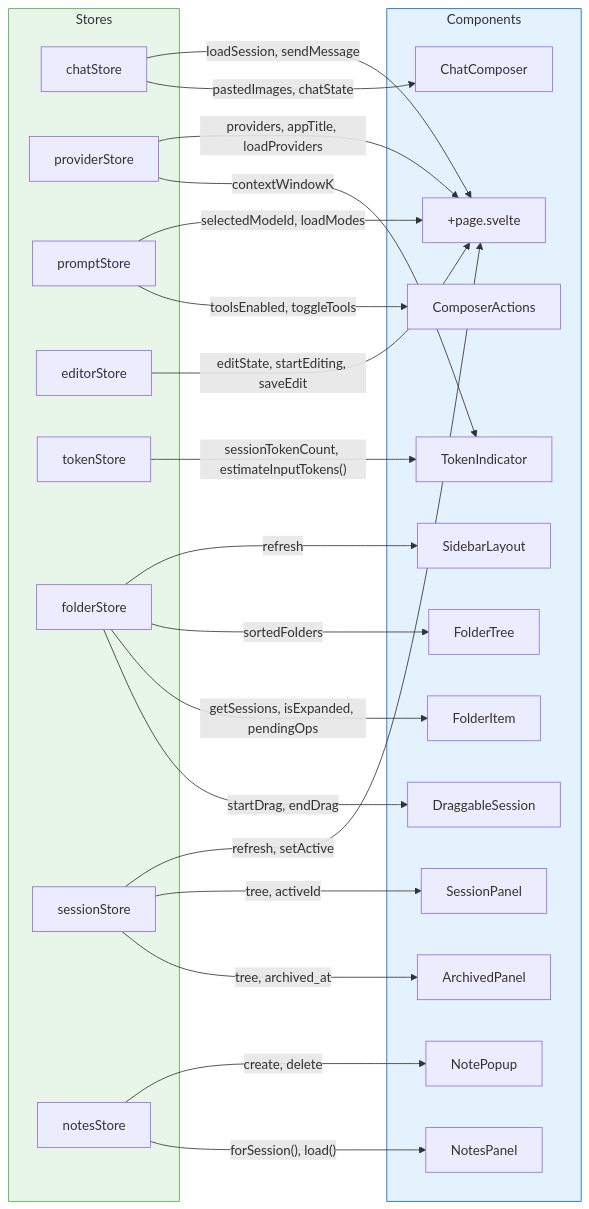
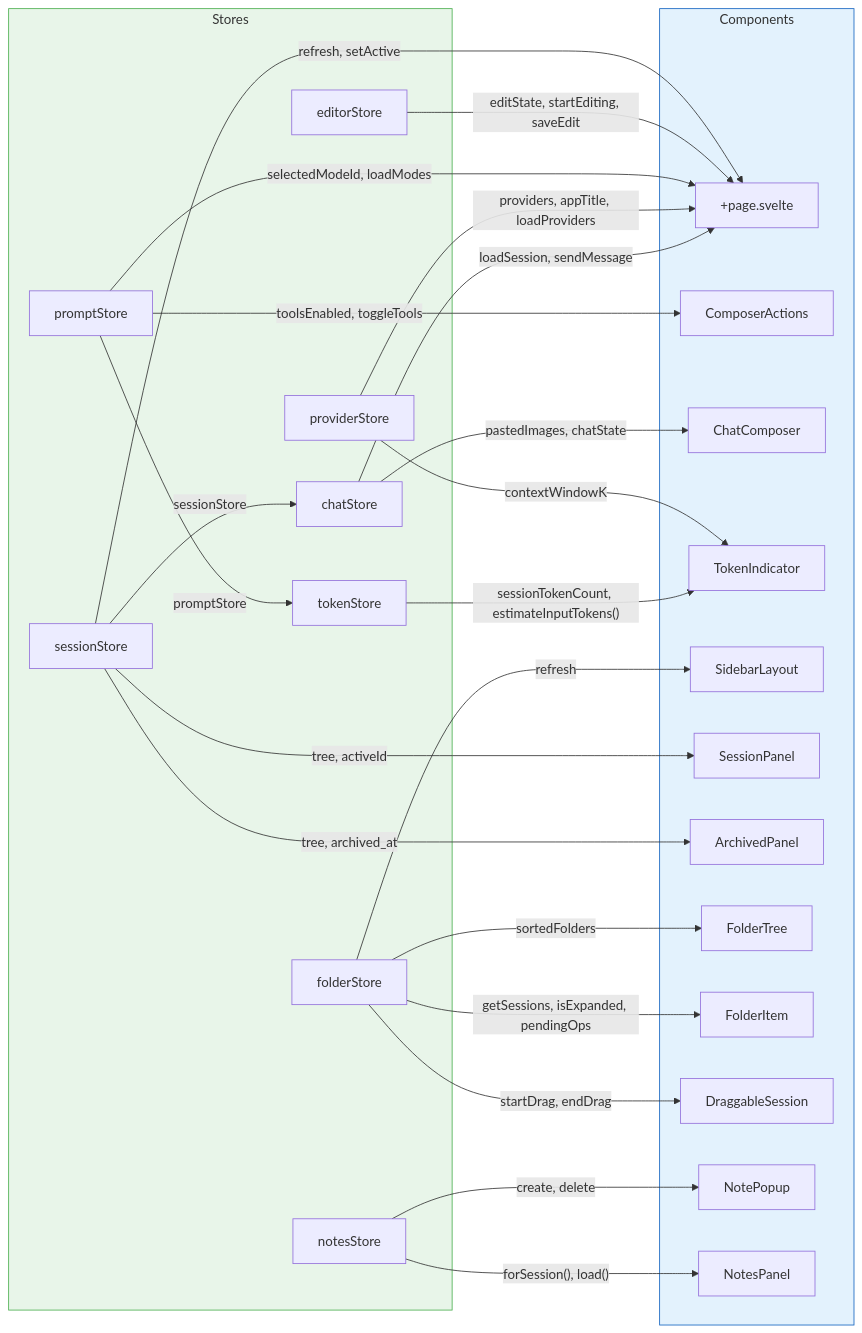
Before and after one commit to m1981/kuchnie: the third of 11 diagrams in kitchen-agent/docs/specs/frontend-diagrams.md, drawn with Mermaid. The commit also changed other lines of this file and 1 other file, not shown here.

First line of the commit message:
docs: align frontend-diagrams.md with codebase

````diff
--- a/kitchen-agent/docs/specs/frontend-diagrams.md
+++ b/kitchen-agent/docs/specs/frontend-diagrams.md
@@ -179,70 +183,74 @@
 ```mermaid
 graph LR
     subgraph Stores["Stores"]
         CS["chatStore"]
         PS["providerStore"]
         PR["promptStore"]
         ES["editorStore"]
         TS["tokenStore"]
         FS["folderStore"]
         SS["sessionStore"]
         NS["notesStore"]
     end
 
     subgraph Components["Components"]
         PG["+page.svelte"]
         CA["ComposerActions"]
         CP["ChatComposer"]
         TI["TokenIndicator"]
         SL["SidebarLayout"]
         SP["SessionPanel"]
         AP["ArchivedPanel"]
         FT["FolderTree"]
         FI["FolderItem"]
         DS["DraggableSession"]
         NP["NotePopup"]
         NPL["NotesPanel"]
     end
 
     %% +page.svelte direct imports
     CS -->|"loadSession, sendMessage"| PG
     PS -->|"providers, appTitle, loadProviders"| PG
     PR -->|"selectedModeId, loadModes"| PG
     ES -->|"editState, startEditing, saveEdit"| PG
     SS -->|"refresh, setActive"| PG
 
     %% ComposerActions direct imports
     PR -->|"toolsEnabled, toggleTools"| CA
 
     %% ChatComposer
     CS -->|"pastedImages, chatState"| CP
 
     %% TokenIndicator direct imports
     TS -->|"sessionTokenCount, estimateInputTokens()"| TI
     PS -->|"contextWindowK"| TI
 
     %% SidebarLayout
     FS -->|"refresh"| SL
 
     %% SessionPanel direct imports
     SS -->|"tree, activeId"| SP
 
     %% ArchivedPanel direct imports
     SS -->|"tree, archived_at"| AP
 
     %% FolderTree
     FS -->|"sortedFolders"| FT
 
     %% FolderItem
     FS -->|"getSessions, isExpanded, pendingOps"| FI
 
     %% DraggableSession
     FS -->|"startDrag, endDrag"| DS
 
     %% Notes
     NS -->|"create, delete"| NP
     NS -->|"forSession(), load()"| NPL
 
+    %% Cross-store dependencies (store-to-store)
+    PR -->|"promptStore"| TS
+    SS -->|"sessionStore"| CS
+
     style Stores fill:#e8f5e9,stroke:#4CAF50
     style Components fill:#e3f2fd,stroke:#1565C0
 ```
````
